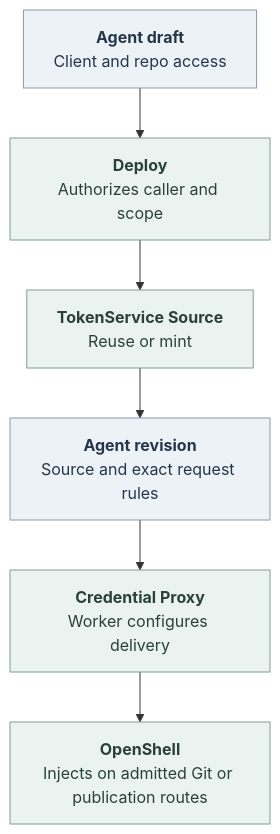
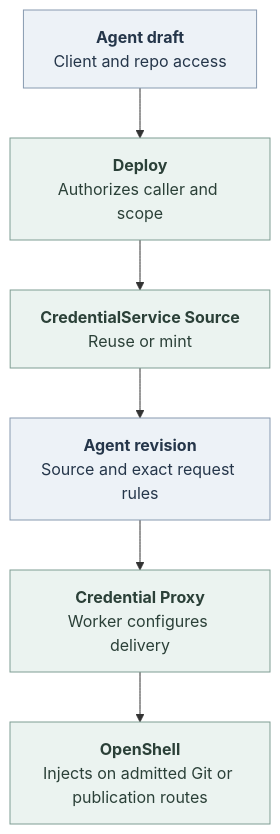
One commit to openclaw/openclaw-enterprise changed the first of 2 diagrams in docs/flows/agent-repository-credentials.md. Above: the diagram before and after it, drawn with Mermaid. The commit also changed other lines of this file and 418 other files, not shown here.

Commit message:
Rename credential custody owner to CredentialService

````diff
--- a/docs/flows/agent-repository-credentials.md
+++ b/docs/flows/agent-repository-credentials.md
@@ -27,17 +27,17 @@
 ```mermaid
 ---
 config:
   htmlLabels: true
 ---
 flowchart TB
   Draft["<b>Agent draft</b><br/>Client and repo access"] --> Deploy["<b>Deploy</b><br/>Authorizes caller and scope"]
-  Deploy --> Source["<b>TokenService Source</b><br/>Reuse or mint"]
+  Deploy --> Source["<b>CredentialService Source</b><br/>Reuse or mint"]
   Source --> Revision["<b>Agent revision</b><br/>Source and exact request rules"]
   Revision --> Proxy["<b>Credential Proxy</b><br/>Worker configures delivery"]
   Proxy --> Git["<b>OpenShell</b><br/>Injects on admitted Git or publication routes"]
 
   classDef state fill:#EDF2F7,stroke:#879AB0,color:#25364A,stroke-width:1px
   classDef operation fill:#EBF3F0,stroke:#7F9D93,color:#2B4038,stroke-width:1px
   class Draft,Revision state
   class Deploy,Source,Proxy,Git operation
 ```
````
